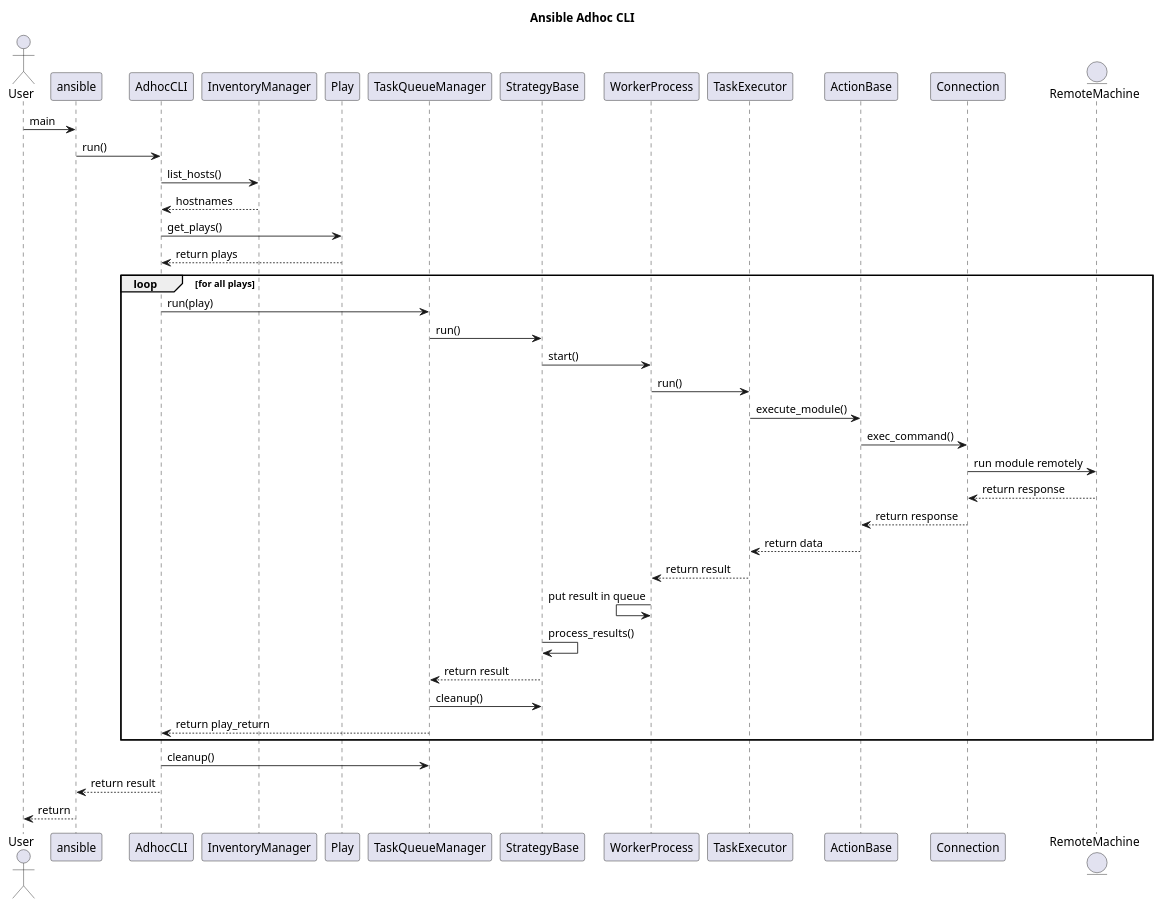
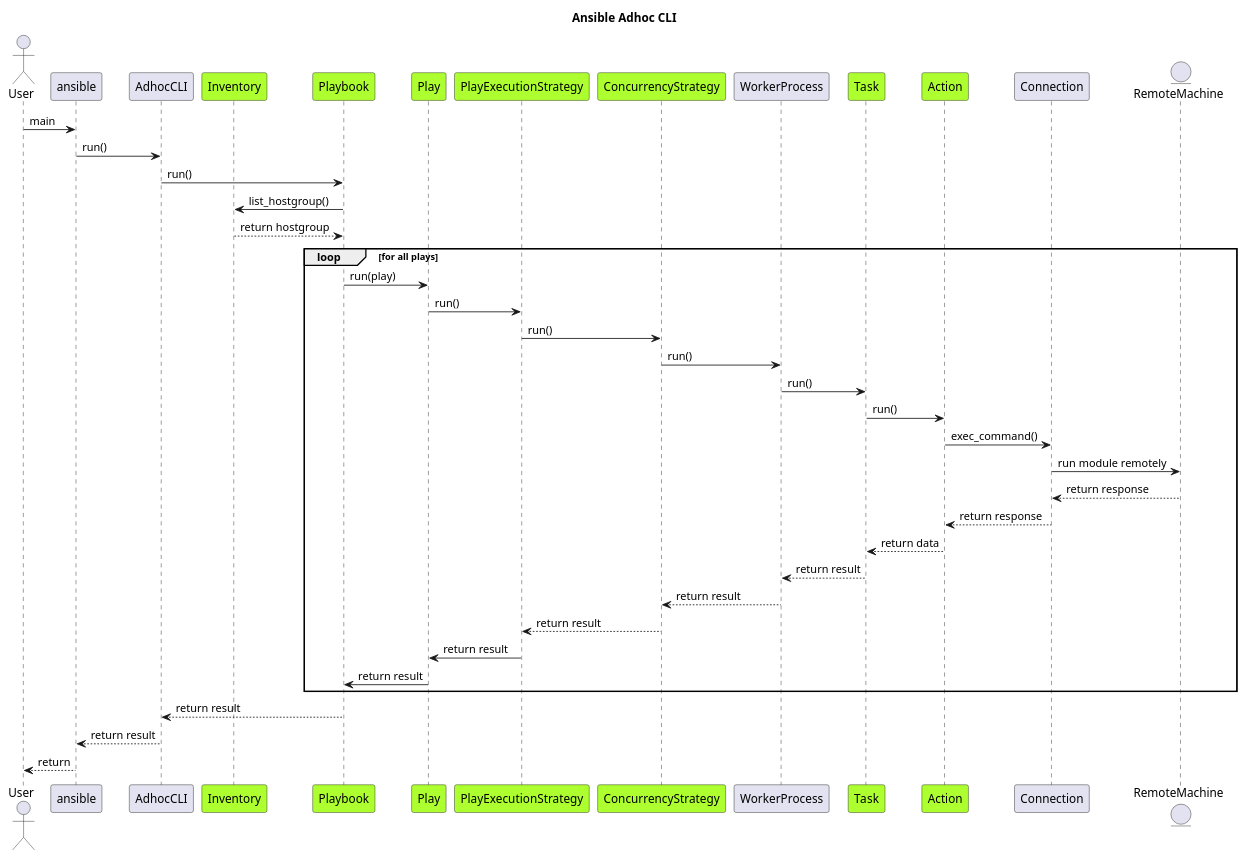
The diagram in project/uml/SequenceDiagram/AdhocCLI_full.puml (ezequiels/nazz), drawn with PlantUML before and after one commit.

Commit message:
updated adhocCLI files

```diff
--- a/project/uml/SequenceDiagram/AdhocCLI_full.puml
+++ b/project/uml/SequenceDiagram/AdhocCLI_full.puml
@@ -1,37 +1,51 @@
 @startuml
 
-skinparam backgroundcolor transparent
+'skinparam backgroundcolor transparent
 
 title Ansible Adhoc CLI
 actor User
 User->ansible: main
 ansible->AdhocCLI: run()
-AdhocCLI->InventoryManager: list_hosts()
-InventoryManager-->AdhocCLI: hostnames
-AdhocCLI->Play: get_plays()
-Play-->AdhocCLI: return plays
+
+participant Inventory #GreenYellow
+participant Playbook #GreenYellow
+AdhocCLI->Playbook: run()
+
+Playbook->Inventory: list_hostgroup()
+Inventory-->Playbook: return hostgroup
+
+participant Play #GreenYellow
+participant PlayExecutionStrategy #GreenYellow
+participant ConcurrencyStrategy #GreenYellow
+
+
 loop for all plays
-    AdhocCLI->TaskQueueManager:run(play)
-    TaskQueueManager->StrategyBase: run()
-    StrategyBase->WorkerProcess: start()
-    WorkerProcess->TaskExecutor: run()
-    TaskExecutor->ActionBase: execute_module()
-    ActionBase -> Connection: exec_command()
+    Playbook -> Play:run(play)
+    Play -> PlayExecutionStrategy: run()
+    PlayExecutionStrategy -> ConcurrencyStrategy: run()
+    ConcurrencyStrategy -> WorkerProcess: run()
+
+    participant Task #GreenYellow
+    participant Action #GreenYellow
+
+    WorkerProcess -> Task: run()
+    Task -> Action: run()
+    Action -> Connection: exec_command()
     entity RemoteMachine
-    Connection->RemoteMachine:run module remotely
+    Connection -> RemoteMachine:run module remotely
     Connection <-- RemoteMachine: return response
-    ActionBase <-- Connection: return response
-    ActionBase-->TaskExecutor: return data
-    TaskExecutor-->WorkerProcess: return result
-    WorkerProcess <- WorkerProcess: put result in queue
-    StrategyBase->StrategyBase:process_results()
-    StrategyBase-->TaskQueueManager: return result
-    TaskQueueManager-> StrategyBase: cleanup()
-    TaskQueueManager-->AdhocCLI: return play_return
+    Action <-- Connection: return response
+    Action --> Task: return data
+    Task --> WorkerProcess: return result
+    WorkerProcess --> ConcurrencyStrategy: return result
+    ConcurrencyStrategy --> PlayExecutionStrategy: return result
+    PlayExecutionStrategy->Play: return result
+    Play->Playbook: return result
+
 end
-AdhocCLI->TaskQueueManager: cleanup()
+Playbook-->AdhocCLI: return result
 AdhocCLI-->ansible: return result
 ansible-->User: return
 
 
 @enduml
```
